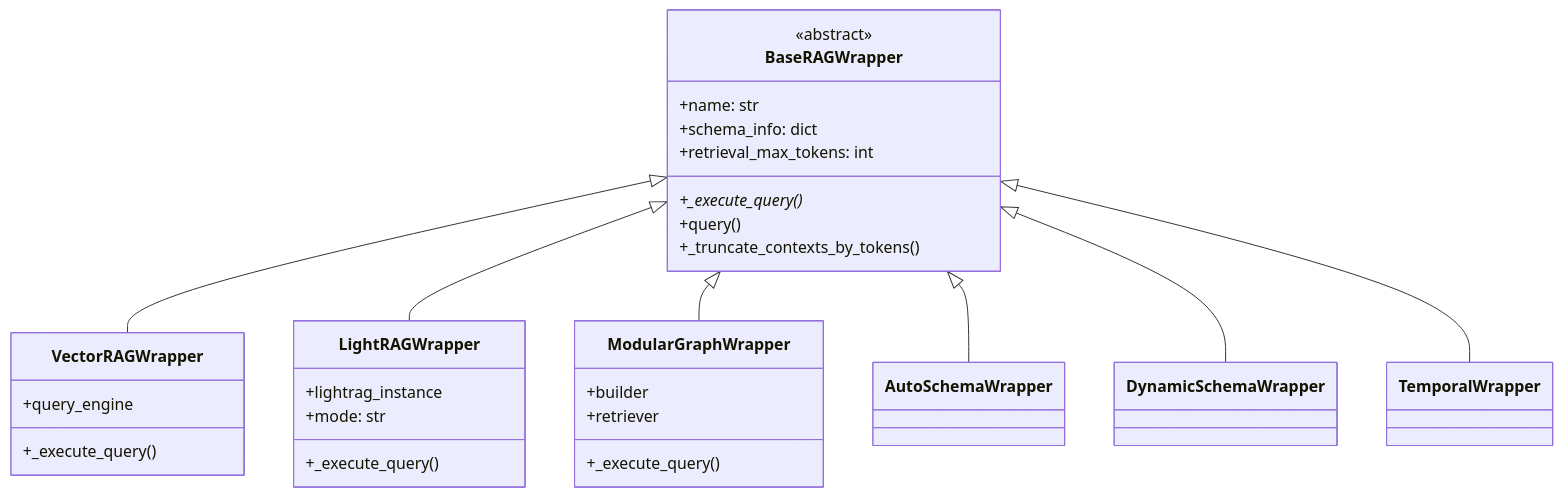
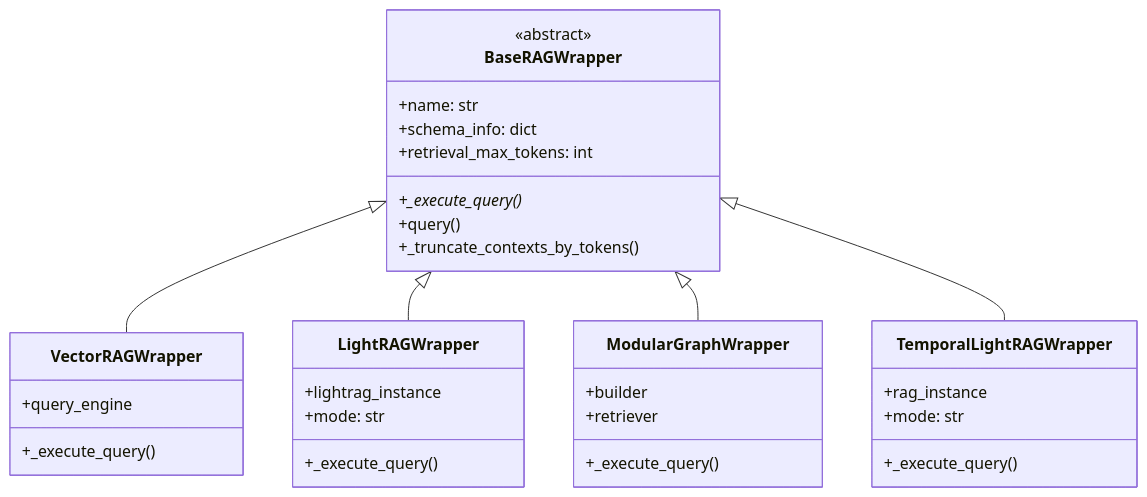
Before and after one commit to Hsuanyu-wang/End_to_End: the fourth of 26 diagrams in docs/ARCHITECTURE.md, drawn with Mermaid. The commit also changed other lines of this file and 123 other files, not shown here.

````diff
--- a/docs/ARCHITECTURE.md
+++ b/docs/ARCHITECTURE.md
@@ -162,36 +195,40 @@
 ```mermaid
 classDiagram
     class BaseRAGWrapper {
         <<abstract>>
         +name: str
         +schema_info: dict
         +retrieval_max_tokens: int
         +_execute_query()* 
         +query()
         +_truncate_contexts_by_tokens()
     }
     
     class VectorRAGWrapper {
         +query_engine
         +_execute_query()
     }
     
     class LightRAGWrapper {
         +lightrag_instance
         +mode: str
         +_execute_query()
     }
     
     class ModularGraphWrapper {
         +builder
         +retriever
         +_execute_query()
     }
     
+    class TemporalLightRAGWrapper {
+        +rag_instance
+        +mode: str
+        +_execute_query()
+    }
+    
     BaseRAGWrapper <|-- VectorRAGWrapper
     BaseRAGWrapper <|-- LightRAGWrapper
     BaseRAGWrapper <|-- ModularGraphWrapper
-    BaseRAGWrapper <|-- AutoSchemaWrapper
-    BaseRAGWrapper <|-- DynamicSchemaWrapper
-    BaseRAGWrapper <|-- TemporalWrapper
+    BaseRAGWrapper <|-- TemporalLightRAGWrapper
 ```
````
